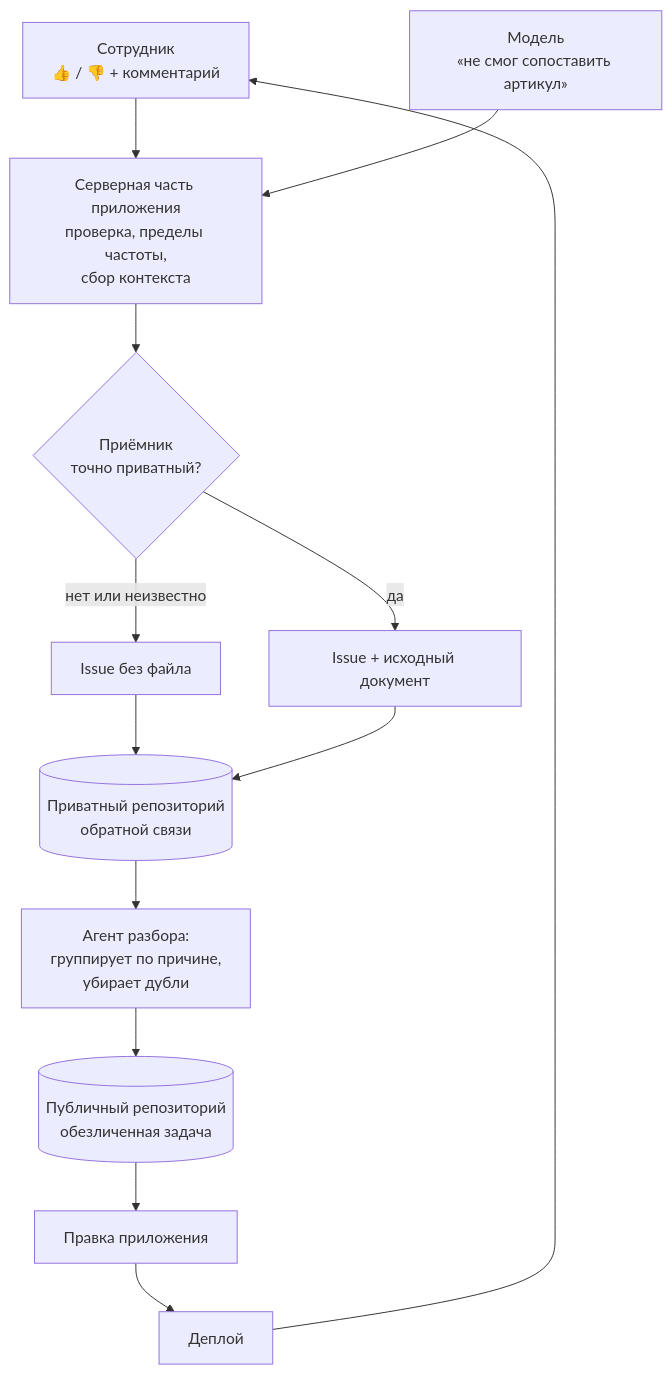
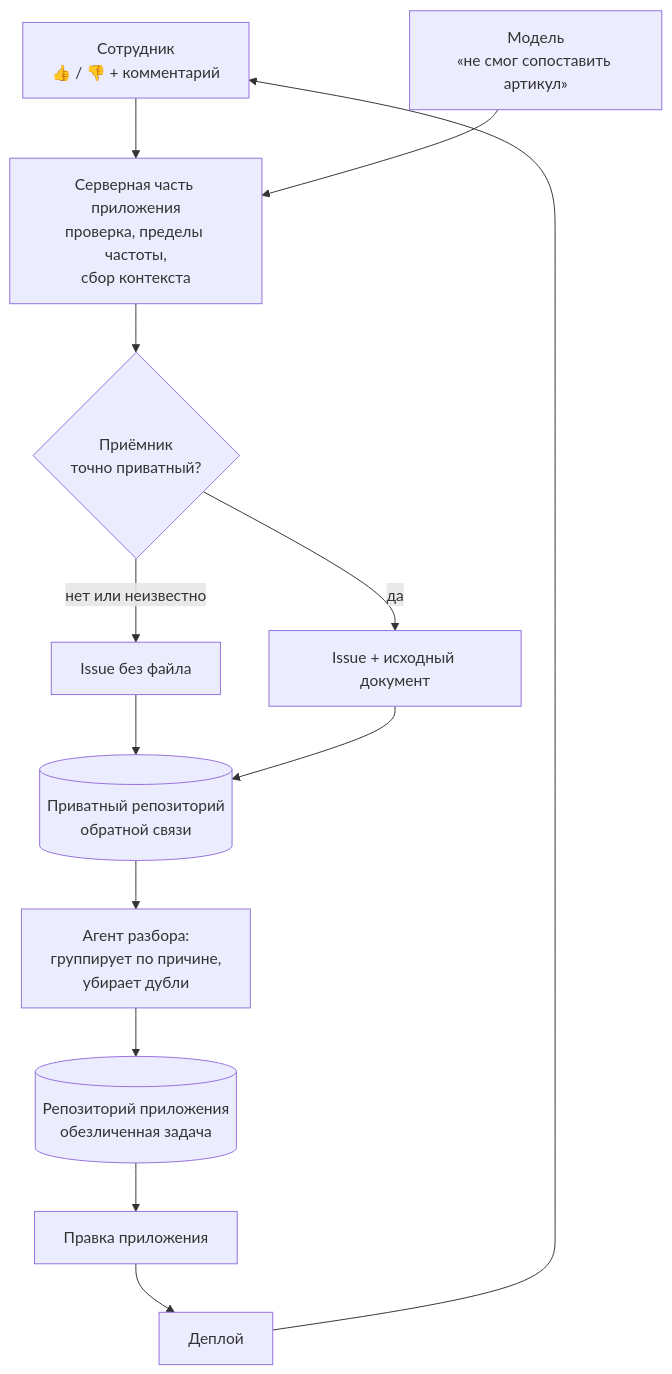
Before and after one commit to bx-shef/ai-price-import: the diagram in article/habr-feedback-loop.md, drawn with Mermaid.

Commit message:
Схема: «Репозиторий приложения» вместо «Публичный репозиторий»
Правка владельца: видимость репозитория в схеме не раскрываем. В коде слово
«публичный» осталось — там оно про вердикт пробы приватности приёмника, а не
про наш репозиторий.

Claude-Session: https://claude.ai/code/session_01GSnCWWtECX1ycbj84MukMD

````diff
--- a/article/habr-feedback-loop.md
+++ b/article/habr-feedback-loop.md
@@ -132,15 +132,15 @@
 ```mermaid
 flowchart TD
     U["Сотрудник<br/>👍 / 👎 + комментарий"] --> S
     M["Модель<br/>«не смог сопоставить артикул»"] --> S
     S["Серверная часть приложения<br/>проверка, пределы частоты,<br/>сбор контекста"] --> Q{"Приёмник<br/>точно приватный?"}
     Q -- "нет или неизвестно" --> NF["Issue без файла"]
     Q -- "да" --> WF["Issue + исходный документ"]
     NF --> R[("Приватный репозиторий<br/>обратной связи")]
     WF --> R
     R --> T["Агент разбора:<br/>группирует по причине,<br/>убирает дубли"]
-    T --> P[("Публичный репозиторий<br/>обезличенная задача")]
+    T --> P[("Репозиторий приложения<br/>обезличенная задача")]
     P --> F["Правка приложения"]
     F --> D["Деплой"]
     D --> U
 ```
````
